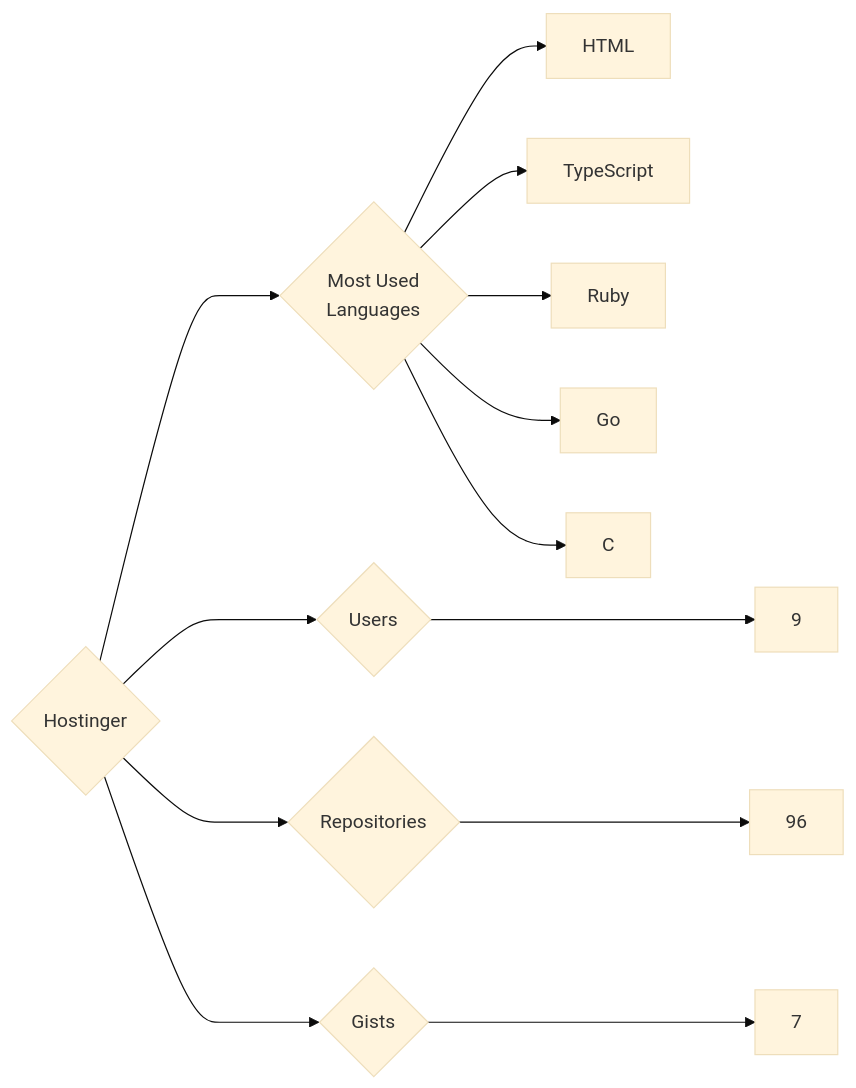
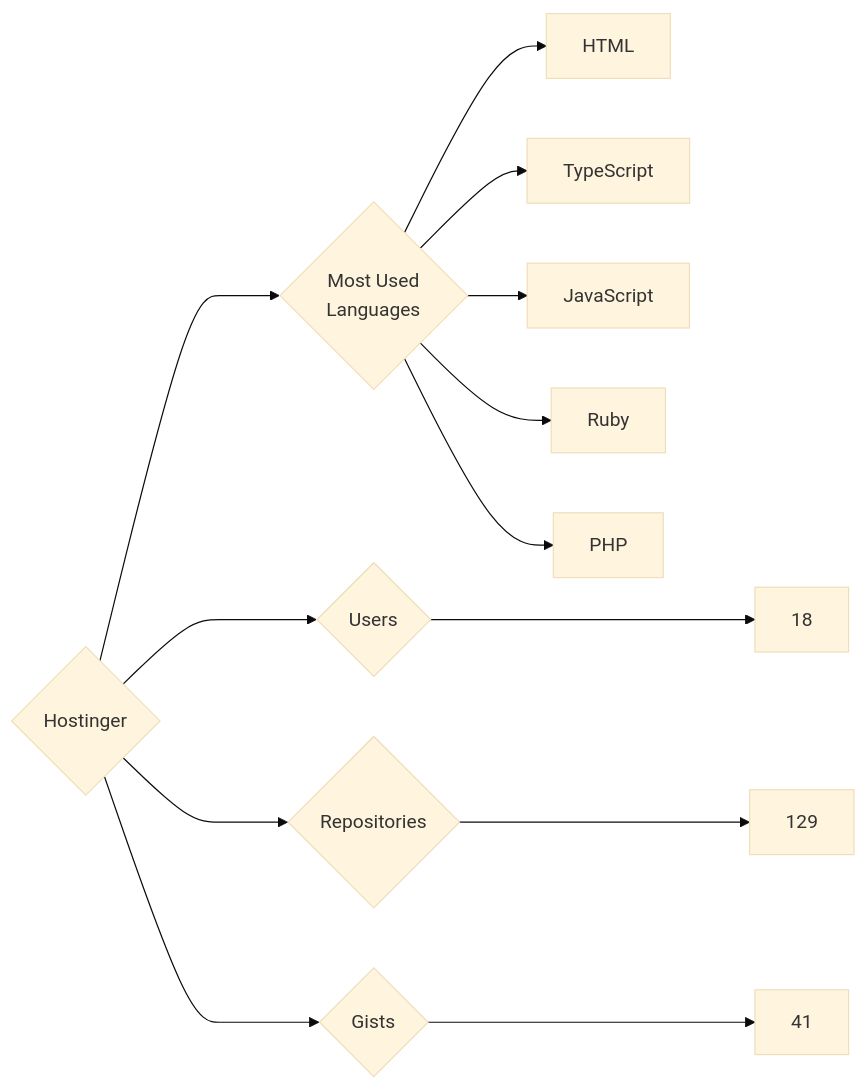
Before and after one commit to trickest/insiders: the diagram in targets/Hostinger/README.md, drawn with Mermaid (base theme). The commit also changed 633 other files, not shown here.

````diff
--- a/targets/Hostinger/README.md
+++ b/targets/Hostinger/README.md
@@ -3,13 +3,13 @@
 ```mermaid
 graph LR
 COMPANY_NAME{Hostinger}
-COMPANY_NAME ---> U{Users} ---> UN[9]
-COMPANY_NAME ---> R{Repositories} ---> RN[96]
-COMPANY_NAME ---> G{Gists} ---> GN[7]
+COMPANY_NAME ---> U{Users} ---> UN[18]
+COMPANY_NAME ---> R{Repositories} ---> RN[129]
+COMPANY_NAME ---> G{Gists} ---> GN[41]
 COMPANY_NAME ---> ML{Most Used<br>Languages}
 ML --> HTML[HTML]
 ML --> TypeScript[TypeScript]
+ML --> JavaScript[JavaScript]
 ML --> Ruby[Ruby]
-ML --> Go[Go]
-ML --> C[C]
+ML --> PHP[PHP]
 ```
````
